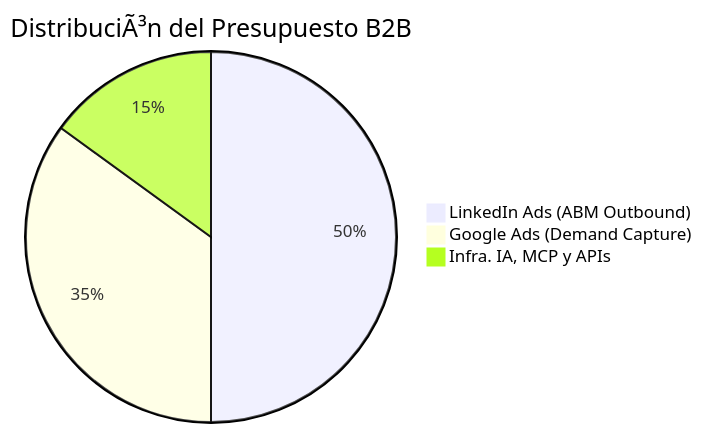
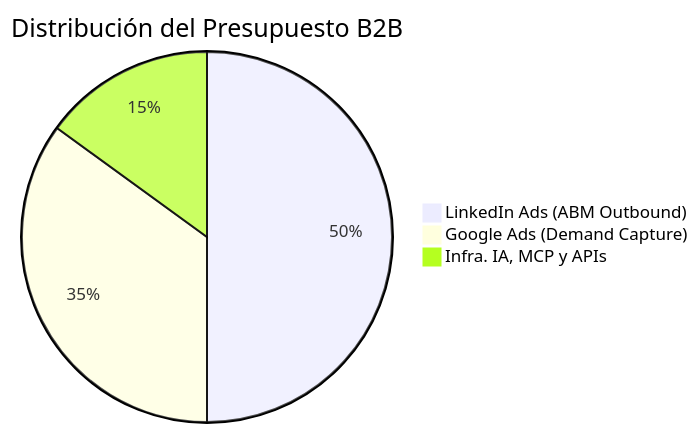
Before and after one commit to jahflavio/bluepixel: the third of 3 diagrams in 02_Estrategia_B2B/estrategia_captacion_b2b.md, drawn with Mermaid. The commit also changed other lines of this file and 20 other files, not shown here.

````diff
--- a/02_Estrategia_B2B/estrategia_captacion_b2b.md
+++ b/02_Estrategia_B2B/estrategia_captacion_b2b.md
@@ -293,6 +293,6 @@
 ```mermaid
-pie title DistribuciÃ³n del Presupuesto B2B
+pie title Distribución del Presupuesto B2B
     "LinkedIn Ads (ABM Outbound)" : 50
     "Google Ads (Demand Capture)" : 35
     "Infra. IA, MCP y APIs" : 15
 ```
````
